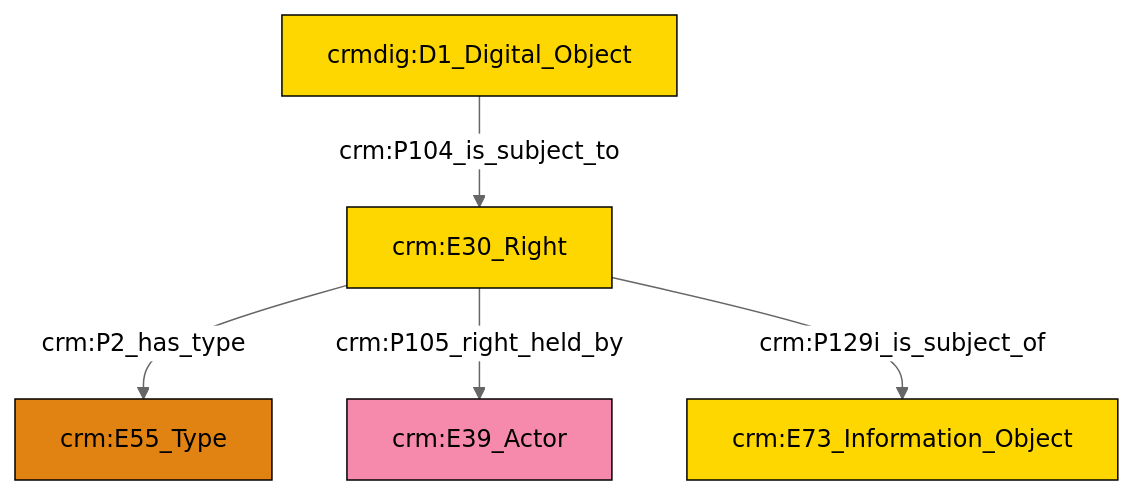
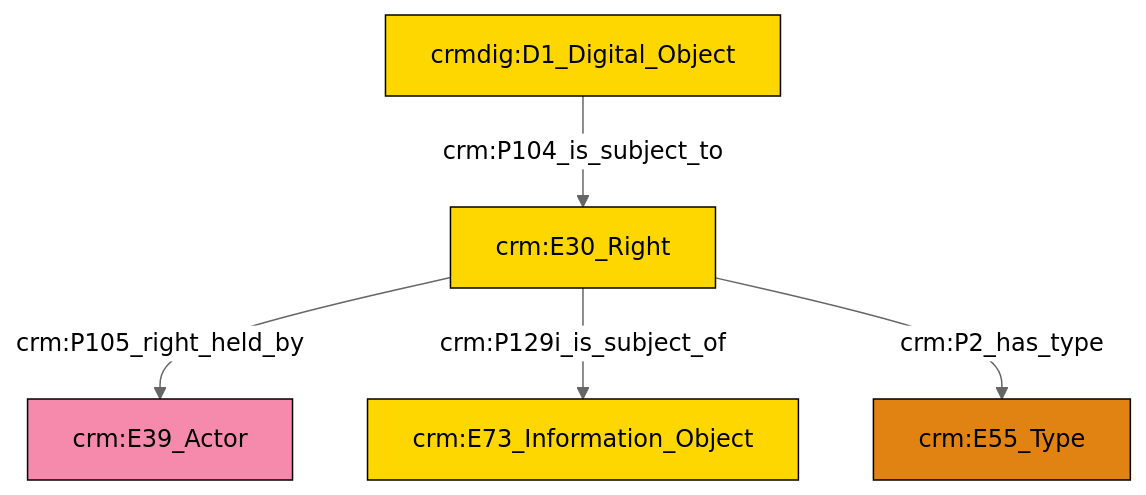
One commit to swiss-art-research-net/docs.swissartresearch changed the diagram in et/doCSV/ttl/mmd/do_rights.ttl.mmd. Above: the diagram before and after it, drawn with Mermaid (neutral theme). The commit also changed 197 other files, not shown here.

```diff
--- a/et/doCSV/ttl/mmd/do_rights.ttl.mmd
+++ b/et/doCSV/ttl/mmd/do_rights.ttl.mmd
@@ -1,19 +1,19 @@
 graph TD
 classDef Literal fill:#f2f2f2,stroke:#000000;
 classDef CRM_Entity fill:#FFFFFF,stroke:#000000;
 classDef Temporal_Entity fill:#00C9E6, stroke:#000000;
 classDef Type fill:#E18312, stroke:#000000;
 classDef Time-Span fill:#2C9C91, stroke:#000000;
 classDef Appellation fill:#FFEB7F, stroke:#000000;
 classDef Place fill:#008836, stroke:#000000;
 classDef Persistent_Item fill:#B266B2, stroke:#000000;
 classDef Conceptual_Object fill:#FFD700, stroke:#000000;
 classDef Physical_Thing fill:#D2B48C, stroke:#000000;
 classDef Actor fill:#f58aad, stroke:#000000;
 classDef PC_Classes fill:#4ce600, stroke:#000000;
 classDef Multi fill:#cccccc,stroke:#000000;
 
-0["crmdig:D1_Digital_Object"]:::Conceptual_Object -->|crm:P104_is_subject_to| 2["crm:E30_Right"]:::Conceptual_Object
-2["crm:E30_Right"]:::Conceptual_Object -->|crm:P2_has_type| 3["crm:E55_Type"]:::Type
-2["crm:E30_Right"]:::Conceptual_Object -->|crm:P105_right_held_by| 4["crm:E39_Actor"]:::Actor
-2["crm:E30_Right"]:::Conceptual_Object -->|crm:P129i_is_subject_of| 7["crm:E73_Information_Object"]:::Conceptual_Object
+0["crm:E30_Right"]:::Conceptual_Object -->|crm:P105_right_held_by| 1["crm:E39_Actor"]:::Actor
+0["crm:E30_Right"]:::Conceptual_Object -->|crm:P129i_is_subject_of| 4["crm:E73_Information_Object"]:::Conceptual_Object
+2["crmdig:D1_Digital_Object"]:::Conceptual_Object -->|crm:P104_is_subject_to| 0["crm:E30_Right"]:::Conceptual_Object
+0["crm:E30_Right"]:::Conceptual_Object -->|crm:P2_has_type| 7["crm:E55_Type"]:::Type
```
